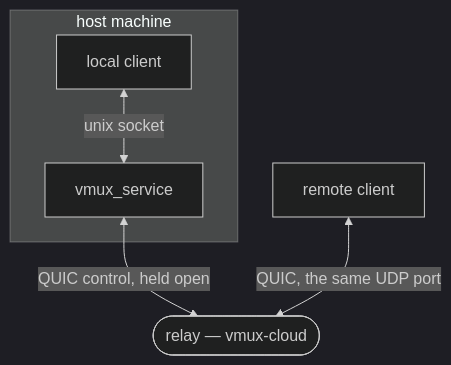
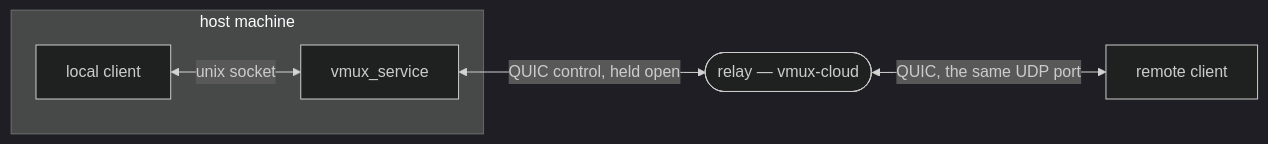
Before and after one commit to vmux-ai/vmux: the second of 10 diagrams in docs/architecture.md, drawn with Mermaid (dark theme). The commit also changed other lines of this file and 4 other files, not shown here.

First line of the commit message:
Render the architecture diagrams at build time (#417)

````diff
--- a/docs/architecture.md
+++ b/docs/architecture.md
@@ -50,12 +50,8 @@
 ```mermaid
-flowchart TB
+flowchart LR
     subgraph host["host machine"]
-        local["local client"]
-        server["vmux_service"]
-        local <-->|"unix socket"| server
+        local["local client"] <-->|unix socket| server["vmux_service"]
     end
-    relay(["relay — vmux-cloud"])
-    remote["remote client"]
-    server <-->|"QUIC control, held open"| relay
-    remote <-->|"QUIC, the same UDP port"| relay
+    server <-->|QUIC control, held open| relay(["relay — vmux-cloud"])
+    relay <-->|QUIC, the same UDP port| remote["remote client"]
 ```
````
